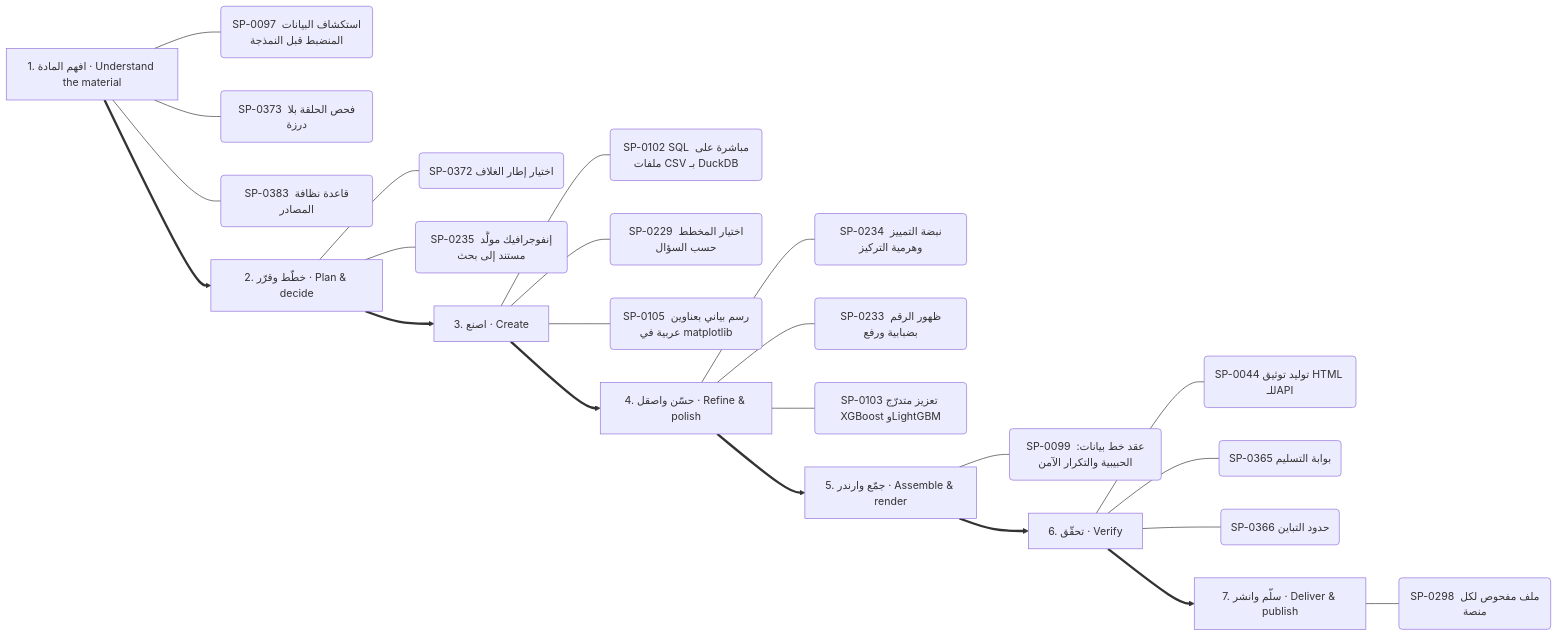
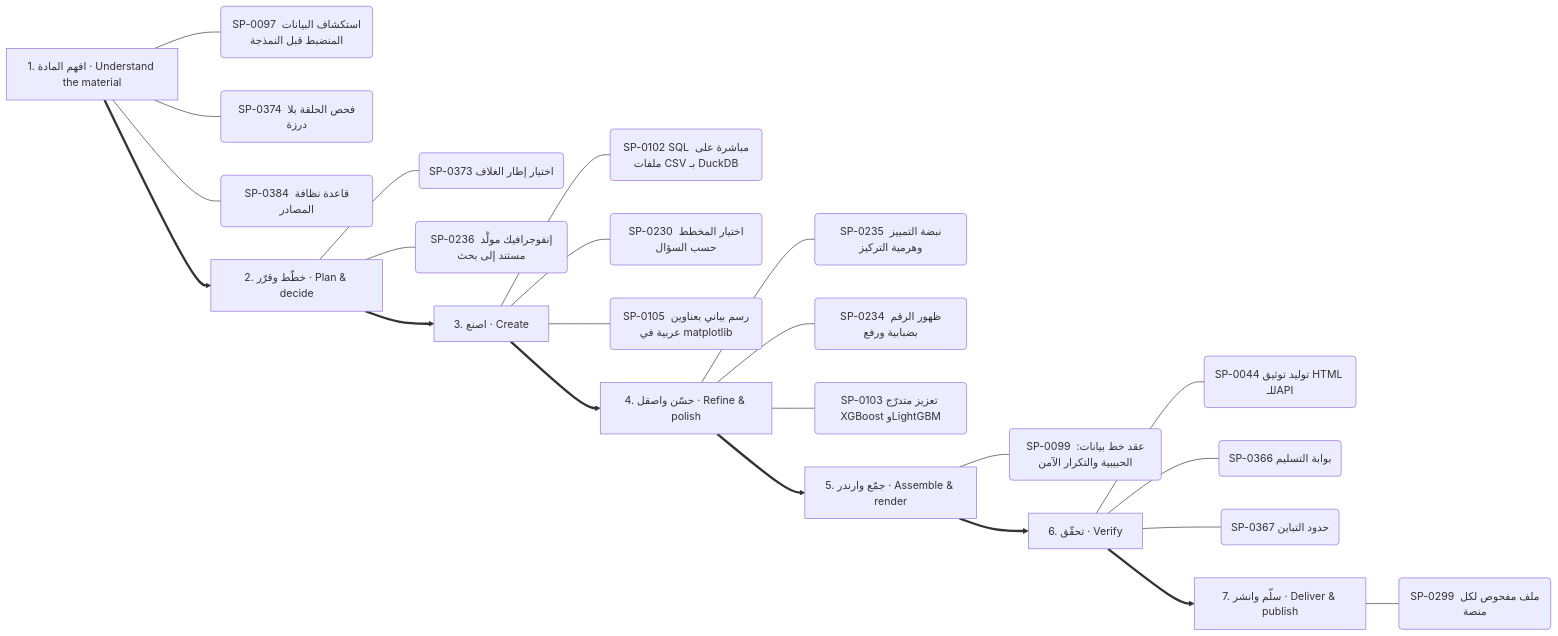
Before and after one commit to kosif199022-jpg/kosif-tool: diagram 12 of 13 in .claude/skills/kosif-superpowers/references/capability-mindmap.md, drawn with Mermaid. The commit also changed other lines of this file and 61 other files, not shown here.

````diff
--- a/.claude/skills/kosif-superpowers/references/capability-mindmap.md
+++ b/.claude/skills/kosif-superpowers/references/capability-mindmap.md
@@ -603,32 +603,32 @@
 ```mermaid
 flowchart LR
   S0["1. افهم المادة · Understand the material"]
   S0 --- S0_0("SP-0097 استكشاف البيانات المنضبط قبل النمذجة")
-  S0 --- S0_1("SP-0373 فحص الحلقة بلا درزة")
-  S0 --- S0_2("SP-0383 قاعدة نظافة المصادر")
+  S0 --- S0_1("SP-0374 فحص الحلقة بلا درزة")
+  S0 --- S0_2("SP-0384 قاعدة نظافة المصادر")
   S1["2. خطّط وقرّر · Plan & decide"]
-  S1 --- S1_0("SP-0372 اختيار إطار الغلاف")
-  S1 --- S1_1("SP-0235 إنفوجرافيك مولَّد مستند إلى بحث")
+  S1 --- S1_0("SP-0373 اختيار إطار الغلاف")
+  S1 --- S1_1("SP-0236 إنفوجرافيك مولَّد مستند إلى بحث")
   S0 ==> S1
   S2["3. اصنع · Create"]
   S2 --- S2_0("SP-0102 SQL مباشرة على ملفات CSV بـ DuckDB")
-  S2 --- S2_1("SP-0229 اختيار المخطط حسب السؤال")
+  S2 --- S2_1("SP-0230 اختيار المخطط حسب السؤال")
   S2 --- S2_2("SP-0105 رسم بياني بعناوين عربية في matplotlib")
   S1 ==> S2
   S3["4. حسّن واصقل · Refine & polish"]
-  S3 --- S3_0("SP-0234 نبضة التمييز وهرمية التركيز")
-  S3 --- S3_1("SP-0233 ظهور الرقم بضبابية ورفع")
+  S3 --- S3_0("SP-0235 نبضة التمييز وهرمية التركيز")
+  S3 --- S3_1("SP-0234 ظهور الرقم بضبابية ورفع")
   S3 --- S3_2("SP-0103 تعزيز متدرّج XGBoost وLightGBM")
   S2 ==> S3
   S4["5. جمّع وارندر · Assemble & render"]
   S4 --- S4_0("SP-0099 عقد خط بيانات: الحبيبية والتكرار الآمن")
   S3 ==> S4
   S5["6. تحقّق · Verify"]
   S5 --- S5_0("SP-0044 توليد توثيق HTML للـAPI")
-  S5 --- S5_1("SP-0365 بوابة التسليم")
-  S5 --- S5_2("SP-0366 حدود التباين")
+  S5 --- S5_1("SP-0366 بوابة التسليم")
+  S5 --- S5_2("SP-0367 حدود التباين")
   S4 ==> S5
   S6["7. سلّم وانشر · Deliver & publish"]
-  S6 --- S6_0("SP-0298 ملف مفحوص لكل منصة")
+  S6 --- S6_0("SP-0299 ملف مفحوص لكل منصة")
   S5 ==> S6
 ```
````
